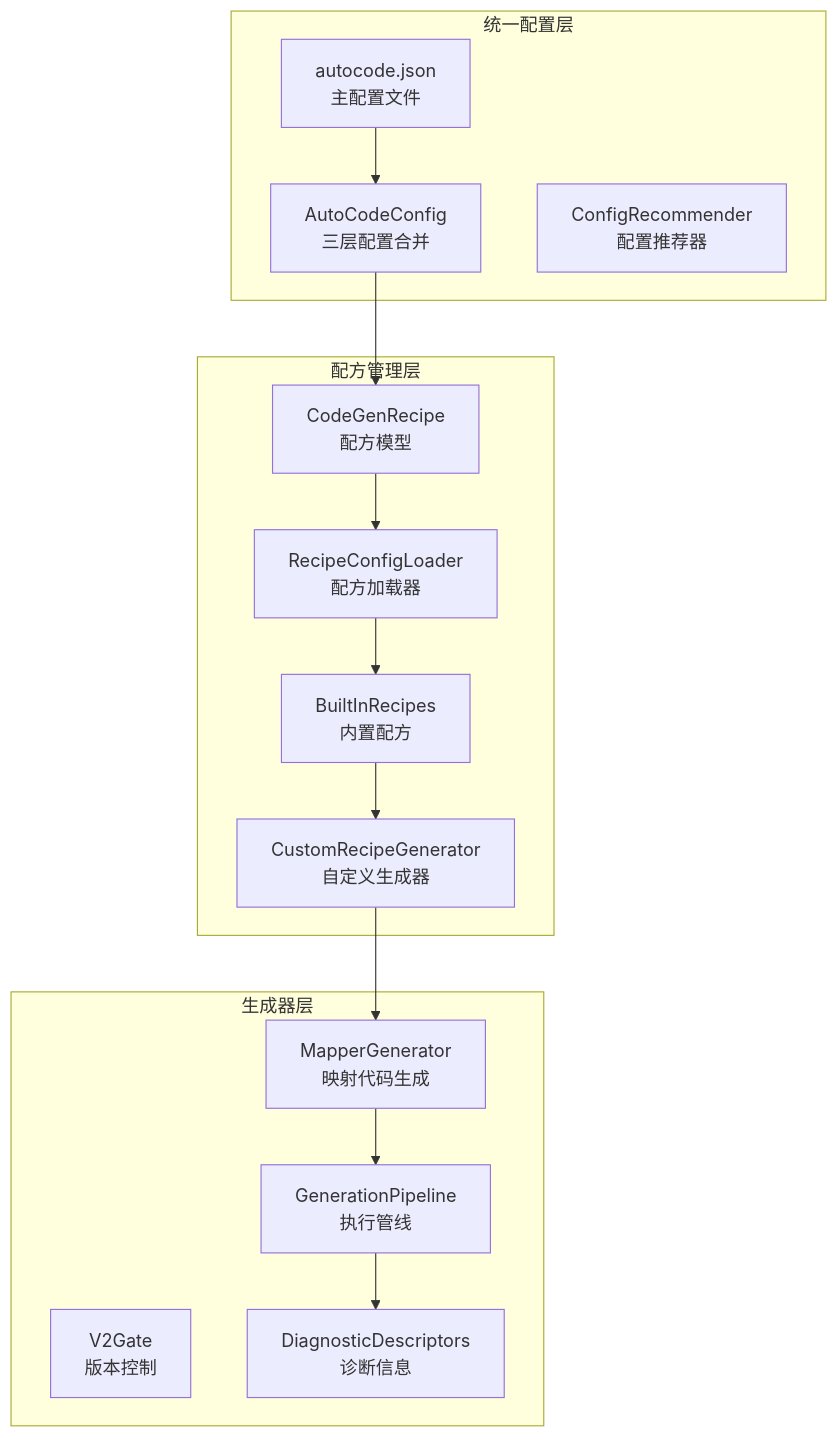
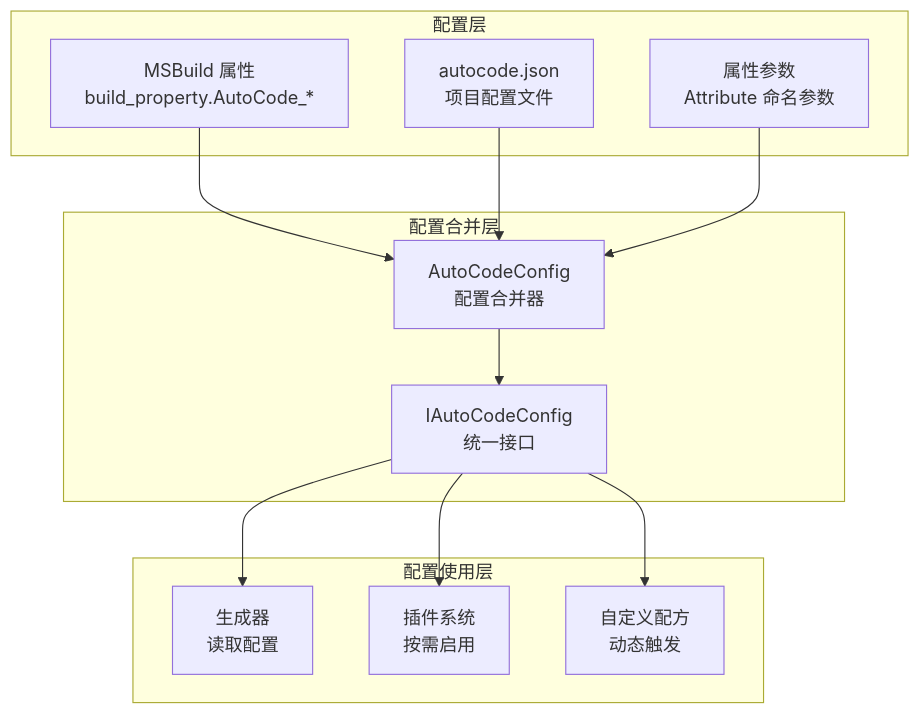
Before and after one commit to alivy/AutoCode: the first of 2 diagrams in .qoder/repowiki/zh/content/源代码生成器/生成器配置/生成器配置.md, drawn with Mermaid. The commit also changed other lines of this file and 183 other files, not shown here.

````diff
--- a/.qoder/repowiki/zh/content/源代码生成器/生成器配置/生成器配置.md
+++ b/.qoder/repowiki/zh/content/源代码生成器/生成器配置/生成器配置.md
@@ -68,28 +47,24 @@
 ```mermaid
 graph TB
-subgraph "统一配置层"
-A["autocode.json<br/>主配置文件"]
-B["AutoCodeConfig<br/>三层配置合并"]
-C["ConfigRecommender<br/>配置推荐器"]
+subgraph "配置层"
+A["MSBuild 属性<br/>build_property.AutoCode_*"]
+B["autocode.json<br/>项目配置文件"]
+C["属性参数<br/>Attribute 命名参数"]
 end
-subgraph "配方管理层"
-D["CodeGenRecipe<br/>配方模型"]
-E["RecipeConfigLoader<br/>配方加载器"]
-F["BuiltInRecipes<br/>内置配方"]
-G["CustomRecipeGenerator<br/>自定义生成器"]
+subgraph "配置合并层"
+D["AutoCodeConfig<br/>配置合并器"]
+E["IAutoCodeConfig<br/>统一接口"]
 end
-subgraph "生成器层"
-H["MapperGenerator<br/>映射代码生成"]
-I["V2Gate<br/>版本控制"]
-J["GenerationPipeline<br/>执行管线"]
-K["DiagnosticDescriptors<br/>诊断信息"]
+subgraph "配置使用层"
+F["生成器<br/>读取配置"]
+G["插件系统<br/>按需启用"]
+H["自定义配方<br/>动态触发"]
 end
-A --> B
+A --> D
 B --> D
+C --> D
 D --> E
 E --> F
-F --> G
-G --> H
-H --> J
-J --> K
+E --> G
+E --> H
 ```
````
